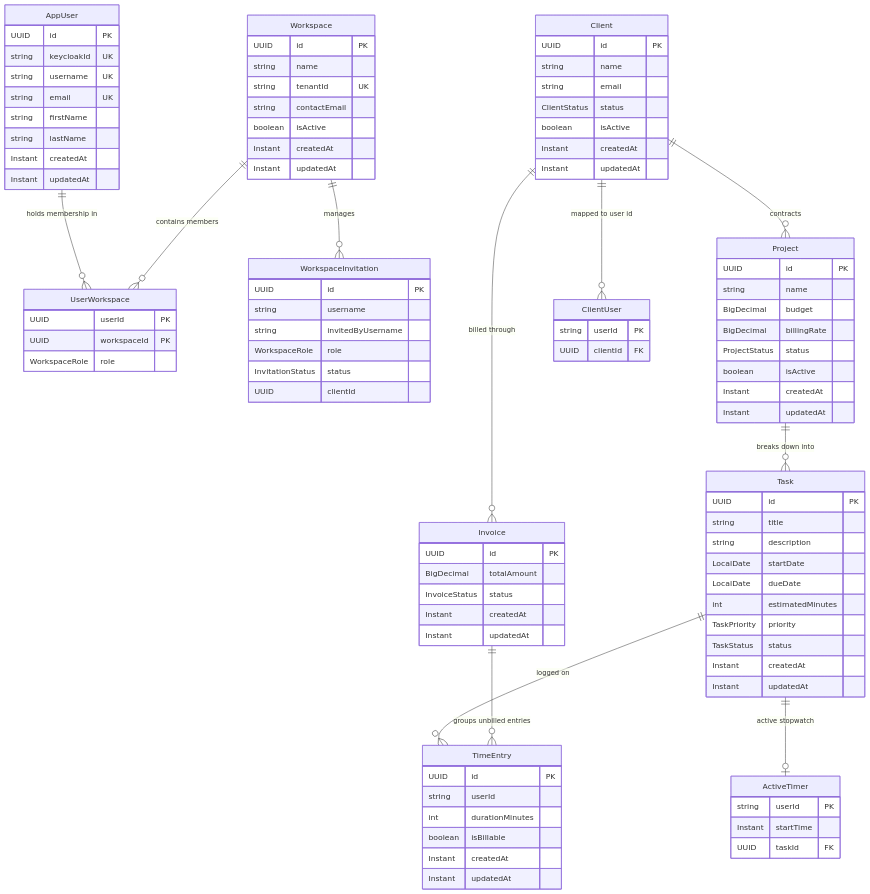
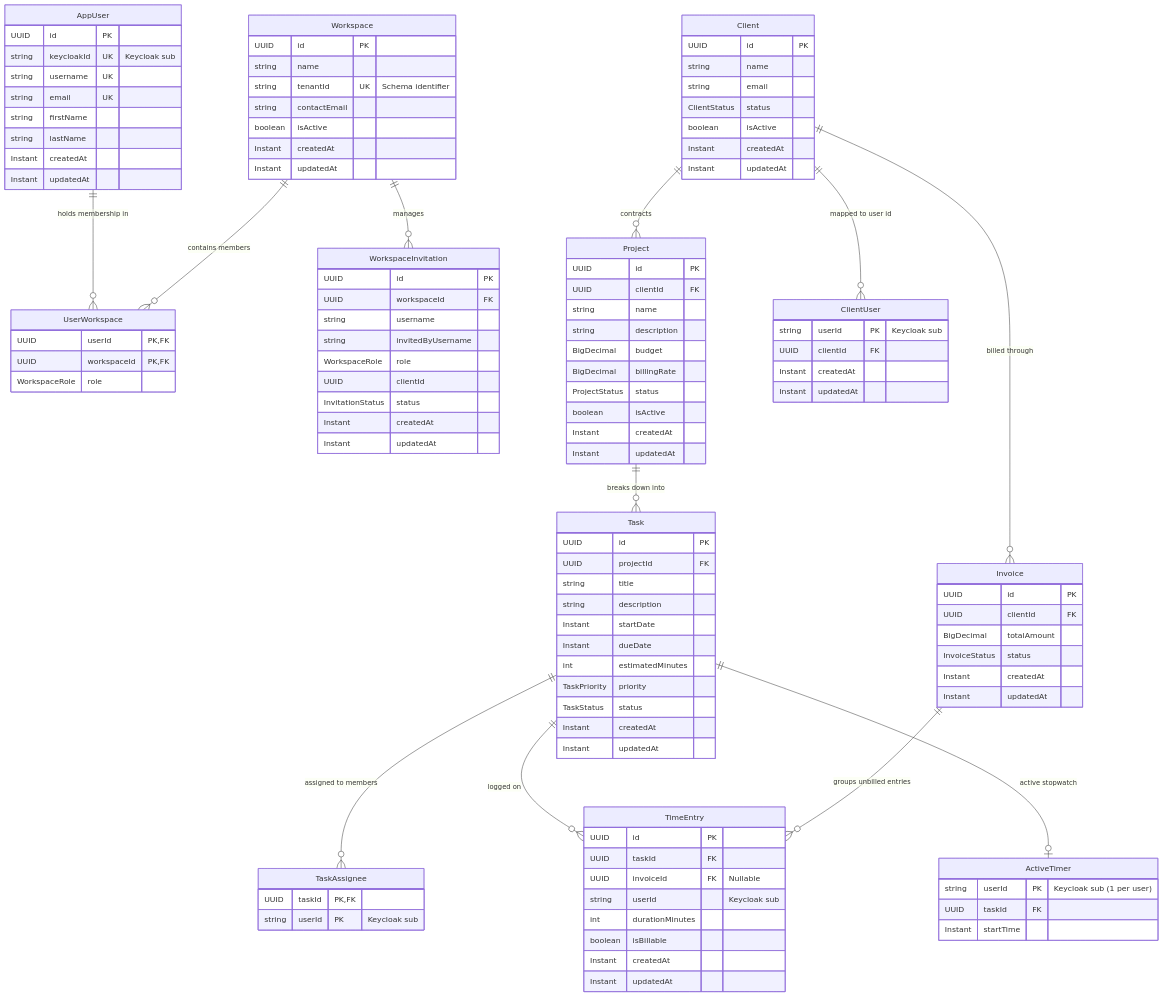
Before and after one commit to Eyad-Sharkawy/agency-os-back-end: the second of 3 diagrams in README.md, drawn with Mermaid. The commit also changed 2 other files, not shown here.

Commit message:
docs: update ERD diagrams and documentation for task assignees and schema details

```diff
--- a/README.md
+++ b/README.md
@@ -138,6 +138,7 @@
 
     Project ||--o{ Task : "breaks down into"
 
+    Task ||--o{ TaskAssignee : "assigned to members"
     Task ||--o{ TimeEntry : "logged on"
     Task ||--o| ActiveTimer : "active stopwatch"
 
@@ -145,7 +146,7 @@
 
     AppUser {
         UUID id PK
-        string keycloakId UK
+        string keycloakId UK "Keycloak sub"
         string username UK
         string email UK
         string firstName
@@ -157,7 +158,7 @@
     Workspace {
         UUID id PK
         string name
-        string tenantId UK
+        string tenantId UK "Schema identifier"
         string contactEmail
         boolean isActive
         Instant createdAt
@@ -165,18 +166,21 @@
     }
 
     UserWorkspace {
-        UUID userId PK
-        UUID workspaceId PK
+        UUID userId PK, FK
+        UUID workspaceId PK, FK
         WorkspaceRole role
     }
 
     WorkspaceInvitation {
         UUID id PK
+        UUID workspaceId FK
         string username
         string invitedByUsername
         WorkspaceRole role
+        UUID clientId
         InvitationStatus status
-        UUID clientId
+        Instant createdAt
+        Instant updatedAt
     }
 
     Client {
@@ -190,13 +194,17 @@
     }
 
     ClientUser {
-        string userId PK
+        string userId PK "Keycloak sub"
         UUID clientId FK
+        Instant createdAt
+        Instant updatedAt
     }
 
     Project {
         UUID id PK
+        UUID clientId FK
         string name
+        string description
         BigDecimal budget
         BigDecimal billingRate
         ProjectStatus status
@@ -207,10 +215,11 @@
 
     Task {
         UUID id PK
+        UUID projectId FK
         string title
         string description
-        LocalDate startDate
-        LocalDate dueDate
+        Instant startDate
+        Instant dueDate
         int estimatedMinutes
         TaskPriority priority
         TaskStatus status
@@ -218,9 +227,16 @@
         Instant updatedAt
     }
 
+    TaskAssignee {
+        UUID taskId PK, FK
+        string userId PK "Keycloak sub"
+    }
+
     TimeEntry {
         UUID id PK
-        string userId
+        UUID taskId FK
+        UUID invoiceId FK "Nullable"
+        string userId "Keycloak sub"
         int durationMinutes
         boolean isBillable
         Instant createdAt
@@ -228,13 +244,14 @@
     }
 
     ActiveTimer {
-        string userId PK
+        string userId PK "Keycloak sub (1 per user)"
+        UUID taskId FK
         Instant startTime
-        UUID taskId FK
     }
 
     Invoice {
         UUID id PK
+        UUID clientId FK
         BigDecimal totalAmount
         InvoiceStatus status
         Instant createdAt
```
